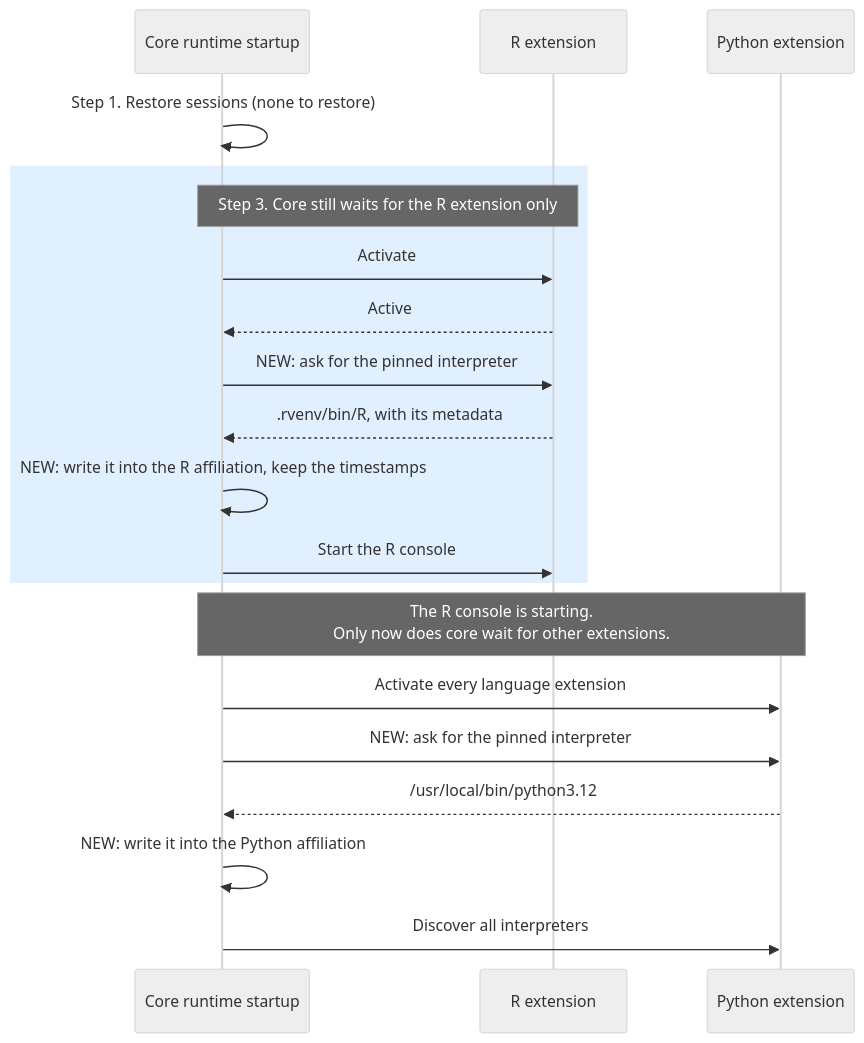
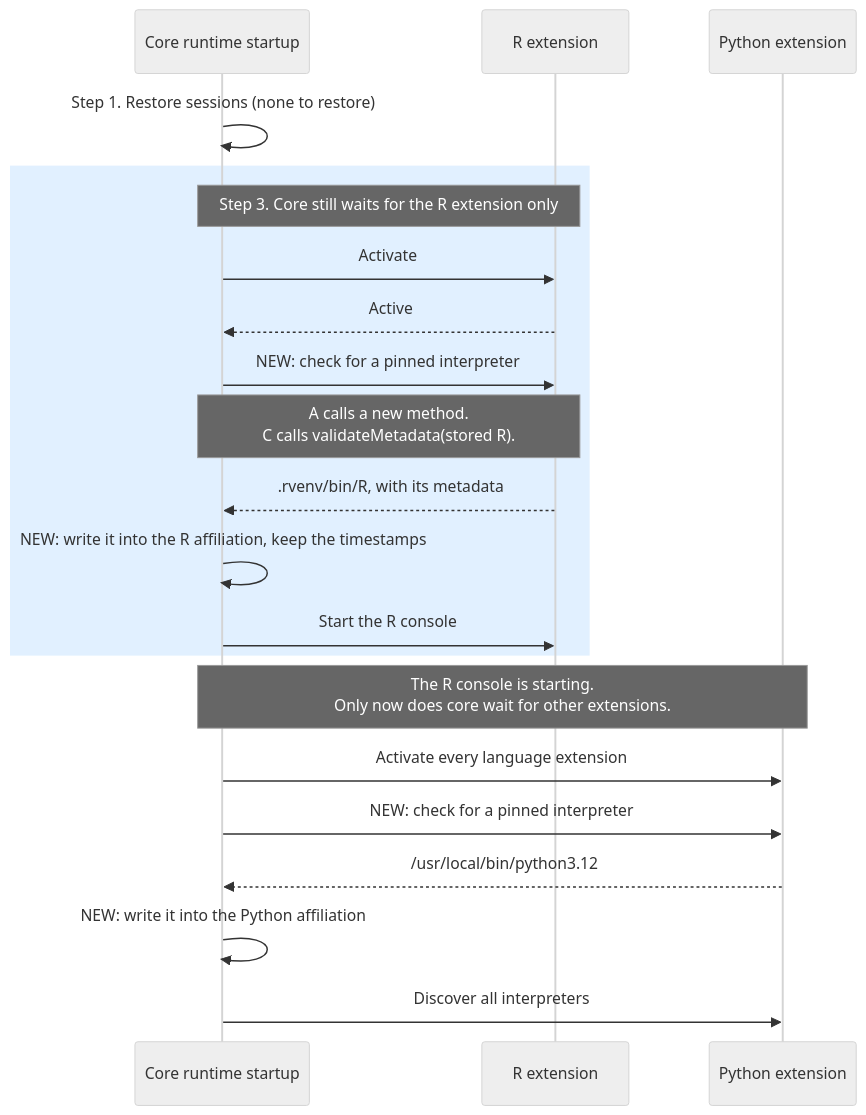
The diagram in plans/2659-extension-activation.md (posit-dev/positron), drawn with Mermaid (neutral theme) before and after one commit. The commit also changed other lines of this file and 1 other file, not shown here.

````diff
--- a/plans/2659-extension-activation.md
+++ b/plans/2659-extension-activation.md
@@ -71,23 +23,24 @@
 ```mermaid
 sequenceDiagram
     participant Core as Core runtime startup
     participant R as R extension
     participant Py as Python extension
 
     Core->>Core: Step 1. Restore sessions (none to restore)
     rect rgb(225, 240, 255)
         Note over Core,R: Step 3. Core still waits for the R extension only
         Core->>R: Activate
         R-->>Core: Active
-        Core->>R: NEW: ask for the pinned interpreter
+        Core->>R: NEW: check for a pinned interpreter
+        Note over Core,R: A calls a new method.<br/>C calls validateMetadata(stored R).
         R-->>Core: .rvenv/bin/R, with its metadata
         Core->>Core: NEW: write it into the R affiliation, keep the timestamps
         Core->>R: Start the R console
     end
     Note over Core,Py: The R console is starting.<br/>Only now does core wait for other extensions.
     Core->>Py: Activate every language extension
-    Core->>Py: NEW: ask for the pinned interpreter
+    Core->>Py: NEW: check for a pinned interpreter
     Py-->>Core: /usr/local/bin/python3.12
     Core->>Core: NEW: write it into the Python affiliation
     Core->>Py: Discover all interpreters
 ```
````
